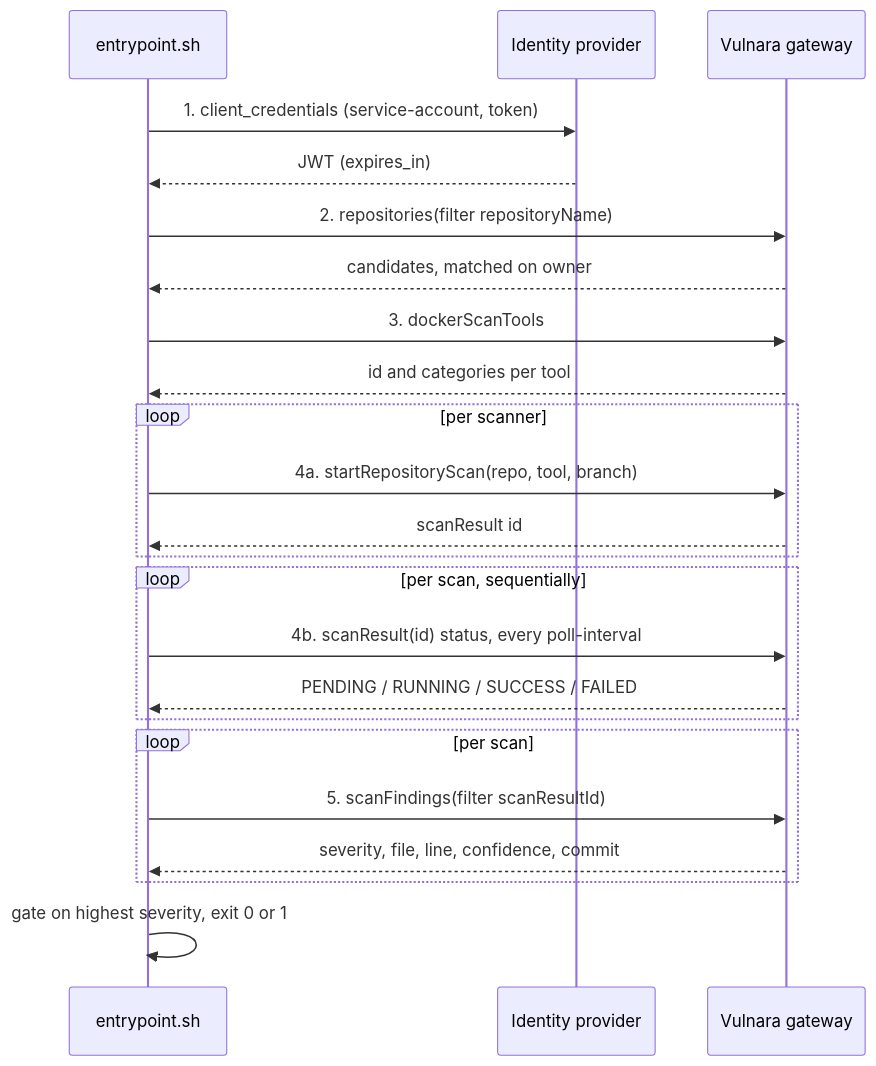
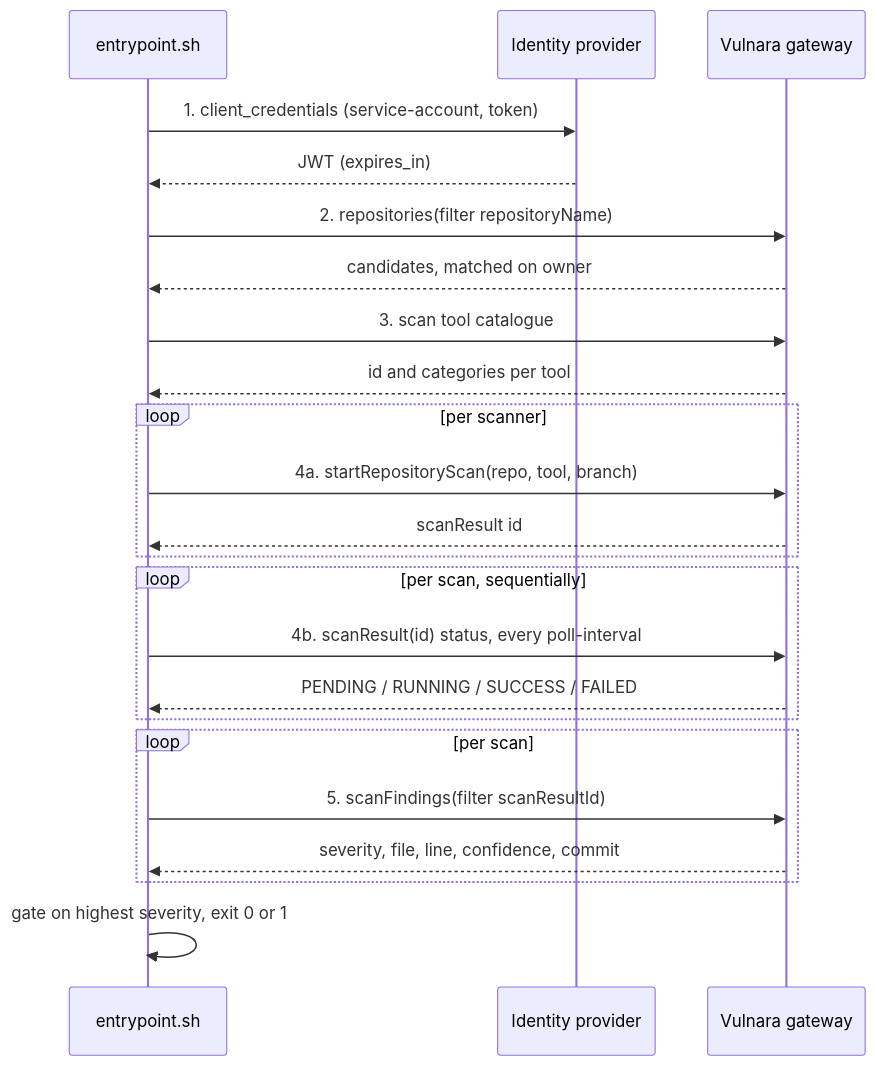
Before and after one commit to theorigamicorporation/vulnara-action: the second of 2 diagrams in docs/architecture.md, drawn with Mermaid. The commit also changed other lines of this file and 38 other files, not shown here.

````diff
--- a/docs/architecture.md
+++ b/docs/architecture.md
@@ -62,26 +62,26 @@
 ```mermaid
 sequenceDiagram
     participant A as entrypoint.sh
     participant I as Identity provider
     participant G as Vulnara gateway
 
     A->>I: 1. client_credentials (service-account, token)
     I-->>A: JWT (expires_in)
     A->>G: 2. repositories(filter repositoryName)
     G-->>A: candidates, matched on owner
-    A->>G: 3. dockerScanTools
+    A->>G: 3. scan tool catalogue
     G-->>A: id and categories per tool
     loop per scanner
         A->>G: 4a. startRepositoryScan(repo, tool, branch)
         G-->>A: scanResult id
     end
     loop per scan, sequentially
         A->>G: 4b. scanResult(id) status, every poll-interval
         G-->>A: PENDING / RUNNING / SUCCESS / FAILED
     end
     loop per scan
         A->>G: 5. scanFindings(filter scanResultId)
         G-->>A: severity, file, line, confidence, commit
     end
     A->>A: gate on highest severity, exit 0 or 1
 ```
````
